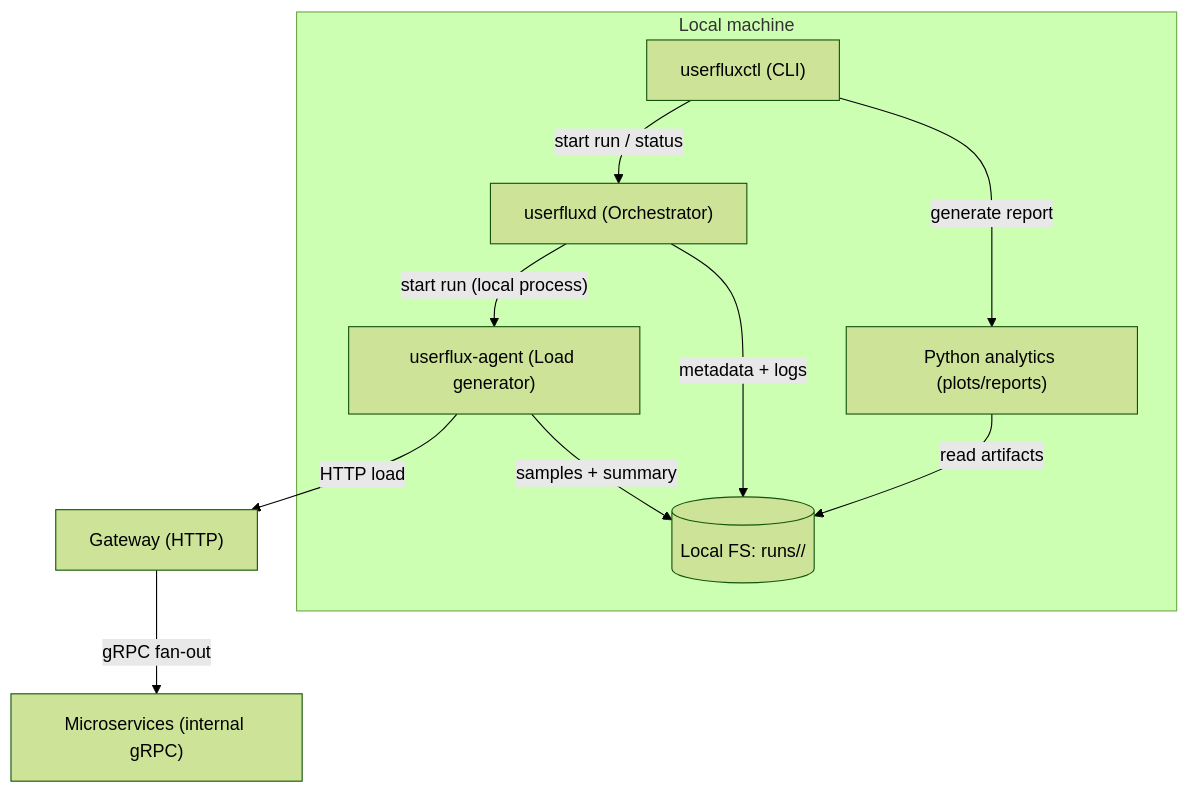
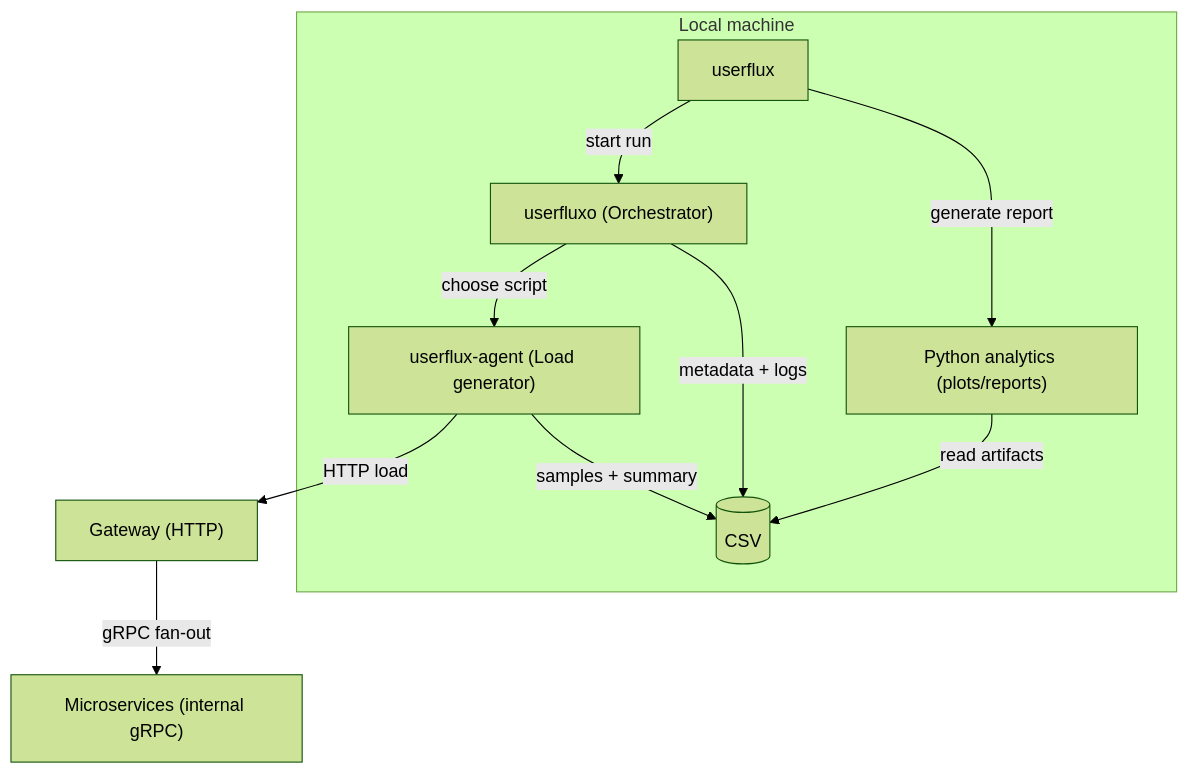
Before and after one commit to andro-kes/userflux: the first of 3 diagrams in docs/architecture.md, drawn with Mermaid (forest theme). The commit also changed other lines of this file, not shown here.

Commit message:
Fix data for mermaid in docs

````diff
--- a/docs/architecture.md
+++ b/docs/architecture.md
@@ -11,19 +11,19 @@
 ```mermaid
 flowchart TB
-  subgraph DEV["Local machine"]
-    CLI["userfluxctl (CLI)"]
-    D["userfluxd (Orchestrator)"]
-    A["userflux-agent (Load generator)"]
-    FS[("Local FS: runs/<run_id>/")]
-    PY["Python analytics (plots/reports)"]
-  end
+  subgraph DEV["Local machine"]
+    H["userflux"]
+    O["userfluxo (Orchestrator)"]
+    A["userflux-agent (Load generator)"]
+    FS[("CSV")]
+    PY["Python analytics (plots/reports)"]
+  end
 
-  CLI -->|"start run / status"| D
-  D -->|"start run (local process)"| A
-  A -->|"HTTP load"| GW["Gateway (HTTP)"]
-  GW -->|"gRPC fan-out"| MS["Microservices (internal gRPC)"]
-  A -->|"samples + summary"| FS
-  D -->|"metadata + logs"| FS
-  PY -->|"read artifacts"| FS
-  CLI -->|"generate report"| PY
+  H -->|"start run"| O
+  O -->|"choose script"| A
+  A -->|"HTTP load"| GW["Gateway (HTTP)"]
+  GW -->|"gRPC fan-out"| MS["Microservices (internal gRPC)"]
+  A -->|"samples + summary"| FS
+  O -->|"metadata + logs"| FS
+  PY -->|"read artifacts"| FS
+  H -->|"generate report"| PY
 ```
````
